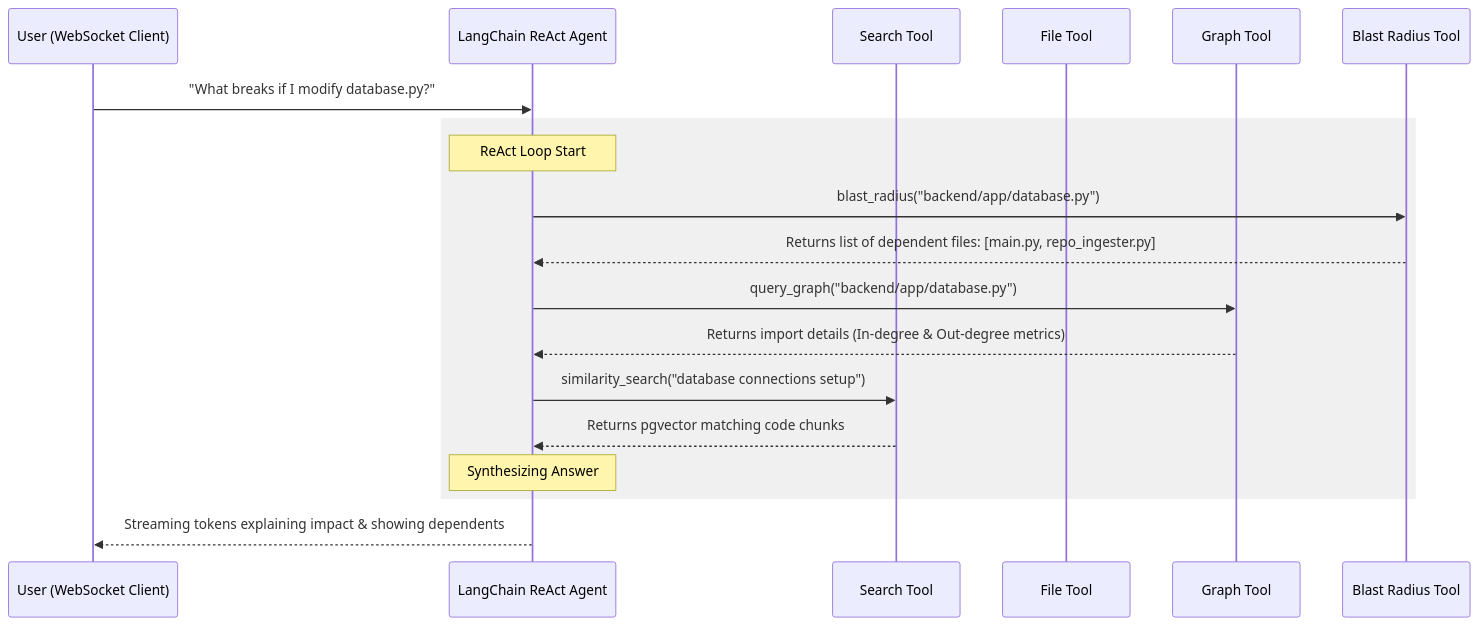
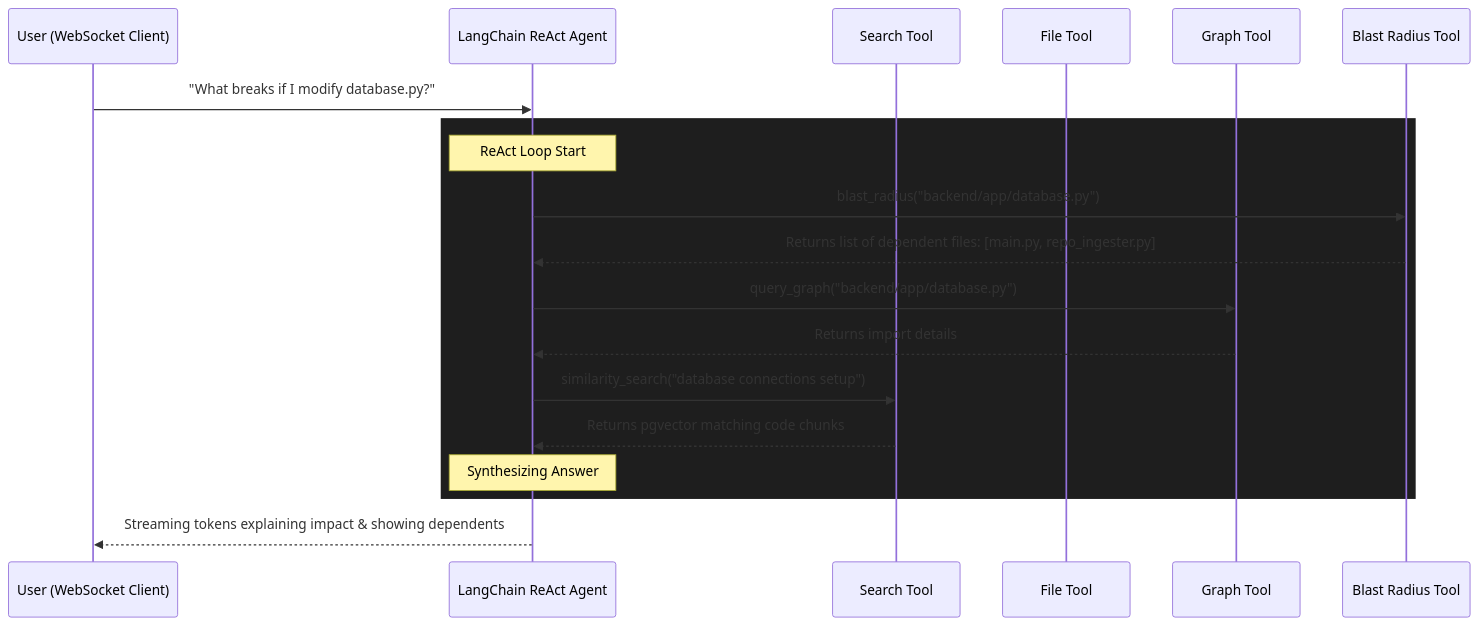
The fourth of 4 diagrams in DOCUMENTATION.md (KaranParmar19/DEVLENS.ai), drawn with Mermaid before and after one commit. The commit also changed other lines of this file and 1 other file, not shown here.

````diff
--- a/DOCUMENTATION.md
+++ b/DOCUMENTATION.md
@@ -192,22 +167,22 @@
 ```mermaid
 sequenceDiagram
     participant User as User (WebSocket Client)
     participant Agent as LangChain ReAct Agent
     participant ST as Search Tool
     participant FT as File Tool
     participant GT as Graph Tool
     participant BT as Blast Radius Tool
 
     User->>Agent: "What breaks if I modify database.py?"
-    rect rgb(240, 240, 240)
+    rect rgb(30, 30, 30)
         note over Agent: ReAct Loop Start
         Agent->>BT: blast_radius("backend/app/database.py")
         BT-->>Agent: Returns list of dependent files: [main.py, repo_ingester.py]
         Agent->>GT: query_graph("backend/app/database.py")
-        GT-->>Agent: Returns import details (In-degree & Out-degree metrics)
+        GT-->>Agent: Returns import details
         Agent->>ST: similarity_search("database connections setup")
         ST-->>Agent: Returns pgvector matching code chunks
         note over Agent: Synthesizing Answer
     end
     Agent-->>User: Streaming tokens explaining impact & showing dependents
 ```
````
